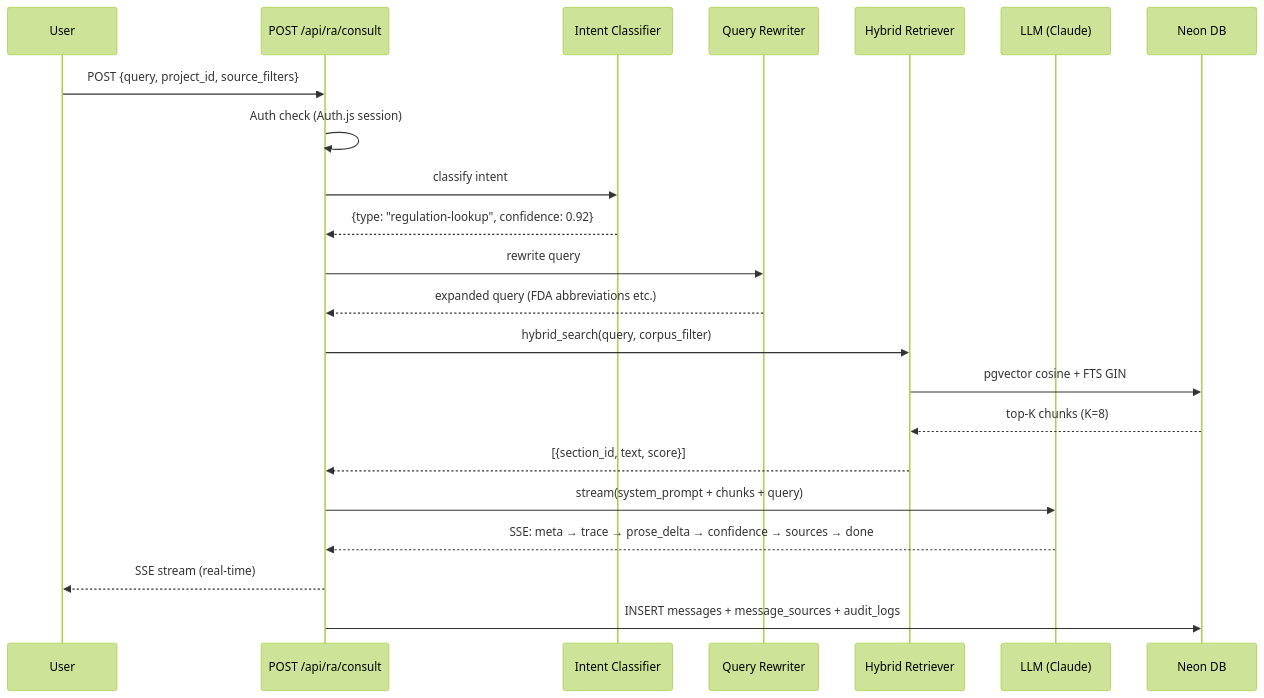
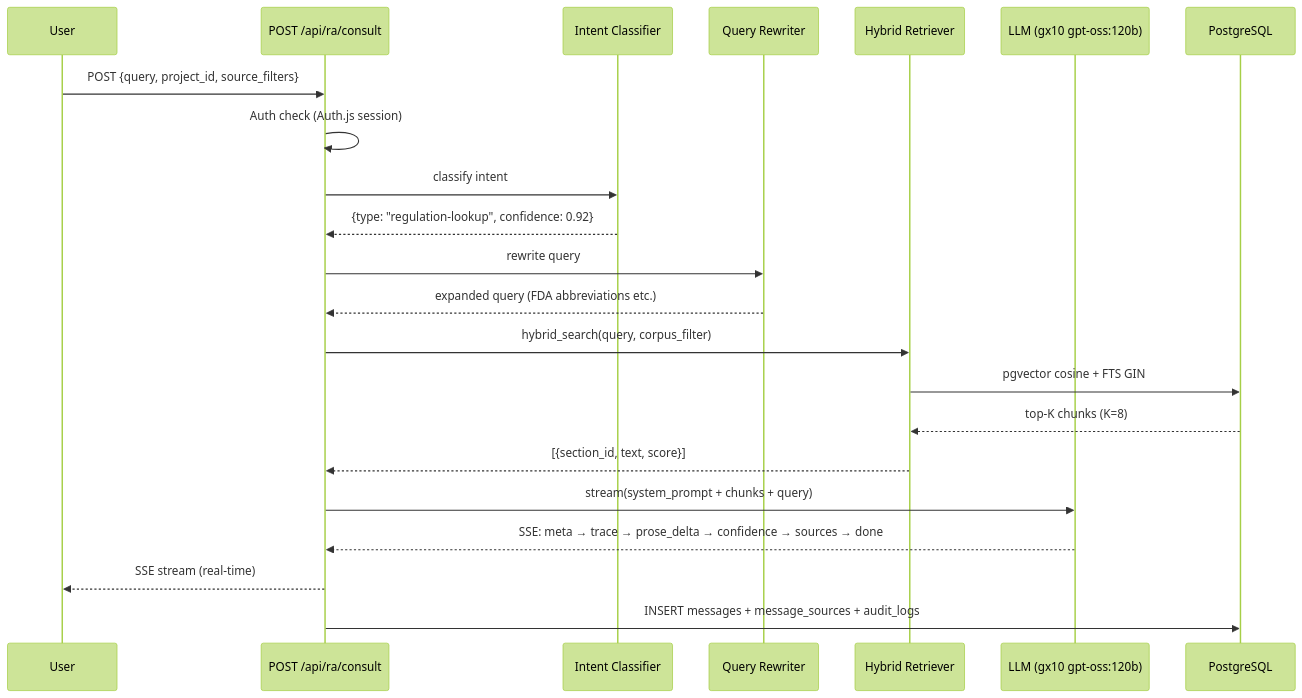
The second of 7 diagrams in docs/architecture.md (holee9/ra-med-bot), drawn with Mermaid (forest theme) before and after one commit. The commit also changed other lines of this file, not shown here.

First line of the commit message:
docs(architecture): stale 인프라 서술 정정 — Vercel/Neon/Anthropic/OpenAI → gx10 온프레미스 (#529)

````diff
--- a/docs/architecture.md
+++ b/docs/architecture.md
@@ -59,25 +68,25 @@
 ```mermaid
 sequenceDiagram
     participant U as User
     participant API as POST /api/ra/consult
     participant I as Intent Classifier
     participant Q as Query Rewriter
     participant R as Hybrid Retriever
-    participant L as LLM (Claude)
-    participant DB as Neon DB
+    participant L as LLM (gx10 gpt-oss:120b)
+    participant DB as PostgreSQL
 
     U->>API: POST {query, project_id, source_filters}
     API->>API: Auth check (Auth.js session)
     API->>I: classify intent
     I-->>API: {type: "regulation-lookup", confidence: 0.92}
     API->>Q: rewrite query
     Q-->>API: expanded query (FDA abbreviations etc.)
     API->>R: hybrid_search(query, corpus_filter)
     R->>DB: pgvector cosine + FTS GIN
     DB-->>R: top-K chunks (K=8)
     R-->>API: [{section_id, text, score}]
     API->>L: stream(system_prompt + chunks + query)
     L-->>API: SSE: meta → trace → prose_delta → confidence → sources → done
     API-->>U: SSE stream (real-time)
     API->>DB: INSERT messages + message_sources + audit_logs
 ```
````
